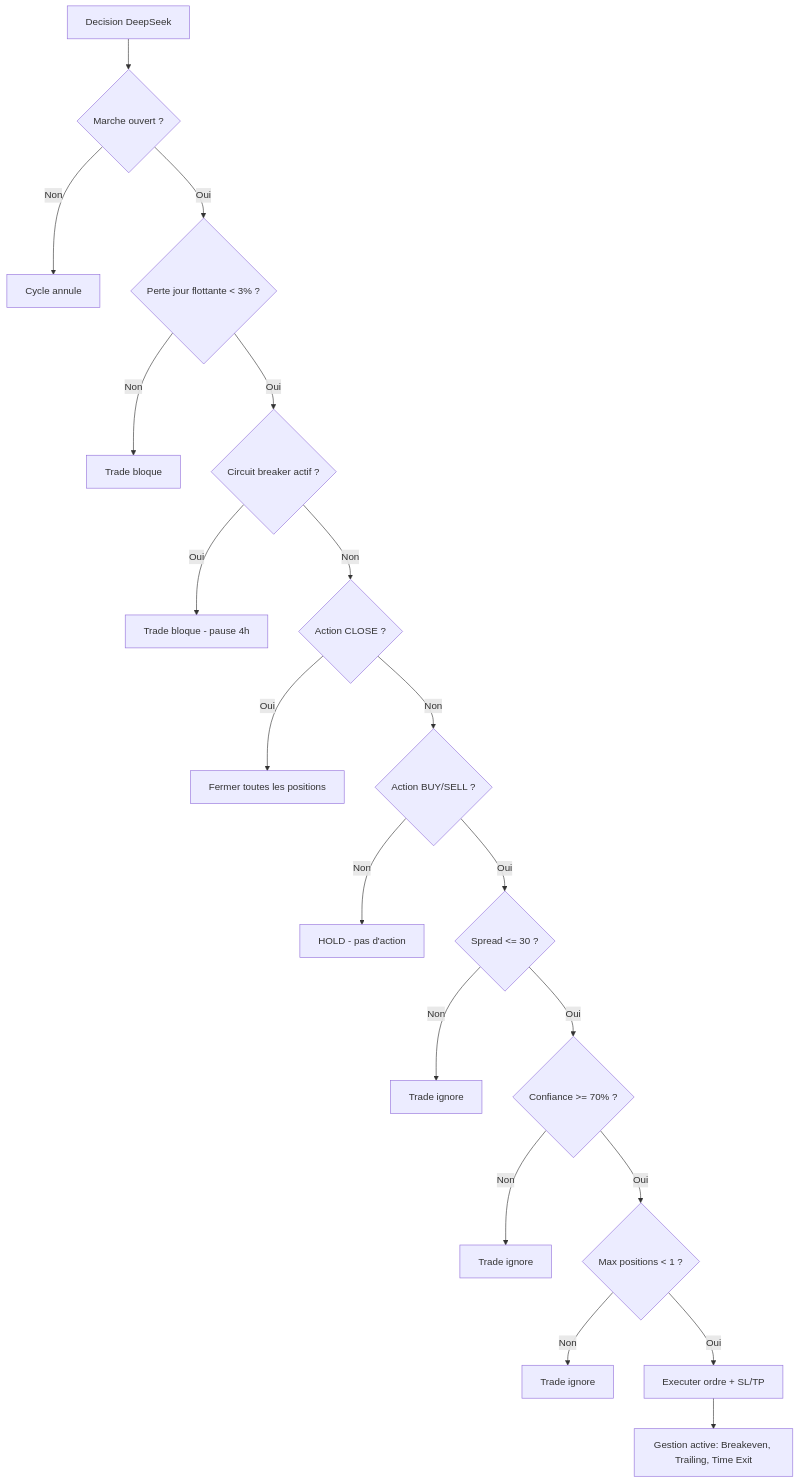
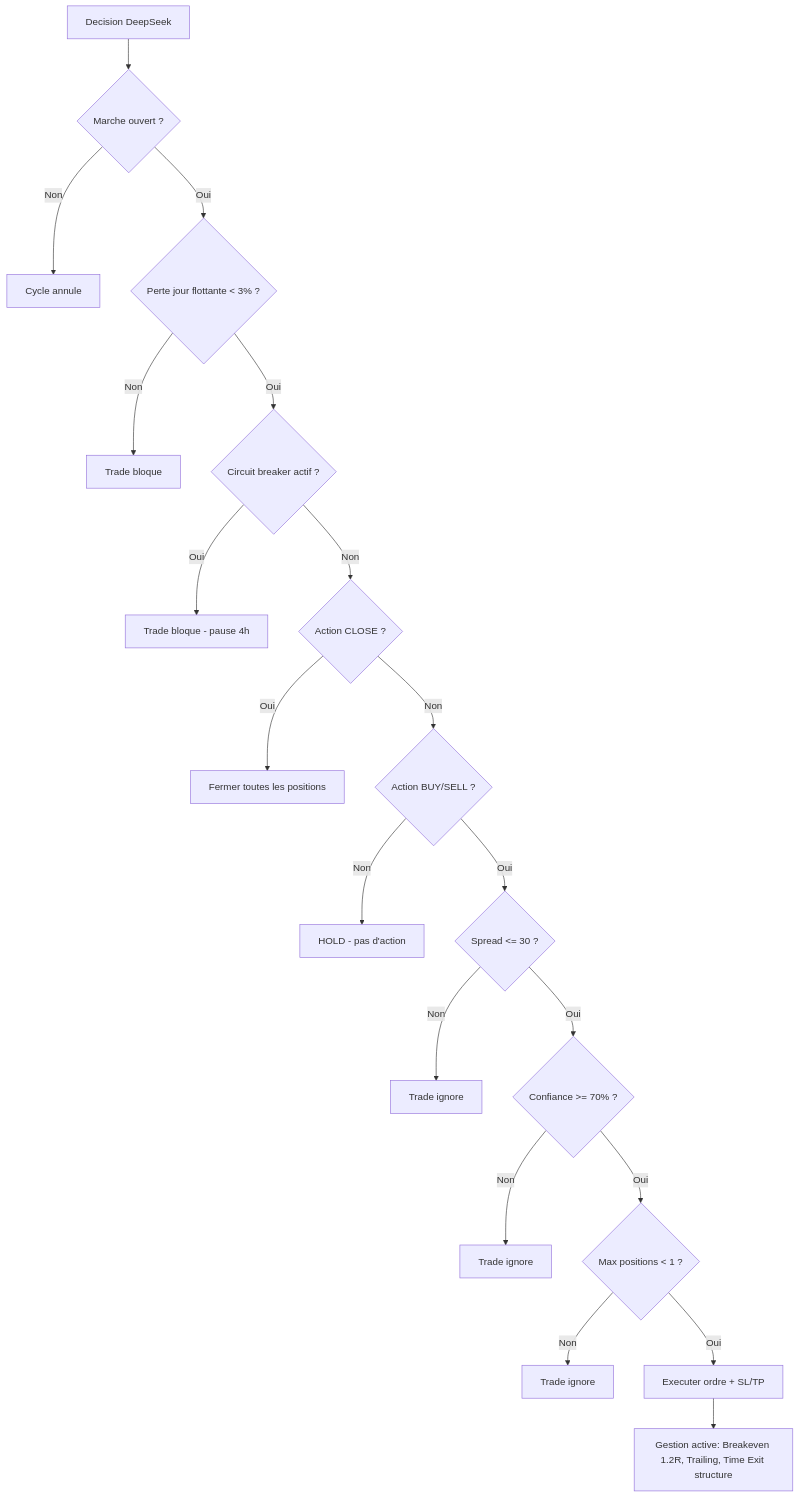
One commit to Doulla1/trading-bot-mt5 changed the diagram in docs/content/2-fonctionnel/regles-gestion-risques.md. Above: the diagram before and after it, drawn with Mermaid. The commit also changed other lines of this file and 8 other files, not shown here.

Commit message:
fix(strategy): audit v3.0 - breakeven 1.2R, time exit structurel, filtres ADX-conditionnes, stops level broker, prompts semantiques

````diff
--- a/docs/content/2-fonctionnel/regles-gestion-risques.md
+++ b/docs/content/2-fonctionnel/regles-gestion-risques.md
@@ -7,21 +7,21 @@
 ```mermaid
 flowchart TD
     A[Decision DeepSeek] --> B{Marche ouvert ?}
     B -- Non --> C[Cycle annule]
     B -- Oui --> D{Perte jour flottante < 3% ?}
     D -- Non --> E[Trade bloque]
     D -- Oui --> F{Circuit breaker actif ?}
     F -- Oui --> G[Trade bloque - pause 4h]
     F -- Non --> H{Action CLOSE ?}
     H -- Oui --> I[Fermer toutes les positions]
     H -- Non --> J{Action BUY/SELL ?}
     J -- Non --> K[HOLD - pas d'action]
     J -- Oui --> L{Spread <= 30 ?}
     L -- Non --> M[Trade ignore]
     L -- Oui --> N{Confiance >= 70% ?}
     N -- Non --> O[Trade ignore]
     N -- Oui --> P{Max positions < 1 ?}
     P -- Non --> Q[Trade ignore]
     P -- Oui --> R[Executer ordre + SL/TP]
-    R --> S[Gestion active: Breakeven, Trailing, Time Exit]
+    R --> S[Gestion active: Breakeven 1.2R, Trailing, Time Exit structure]
 ```
````
